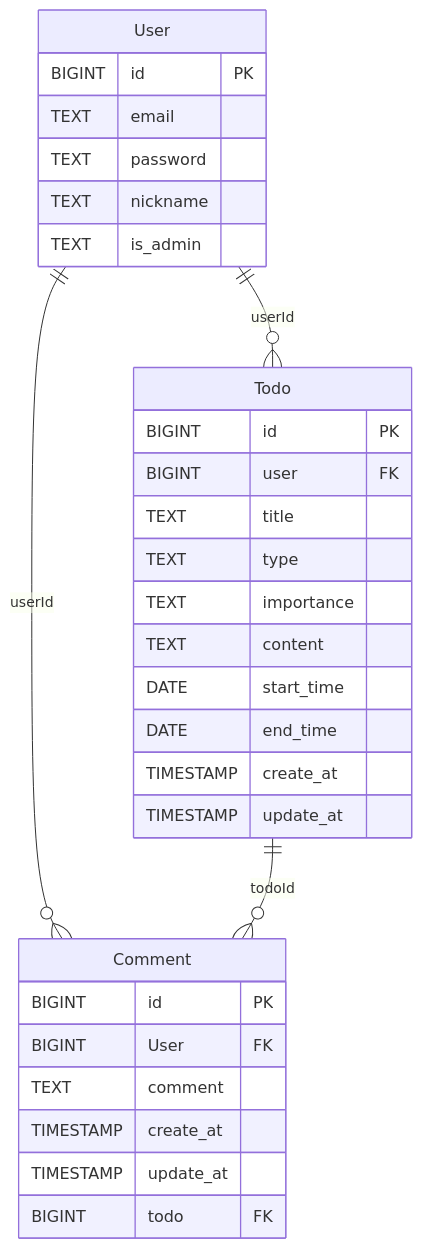
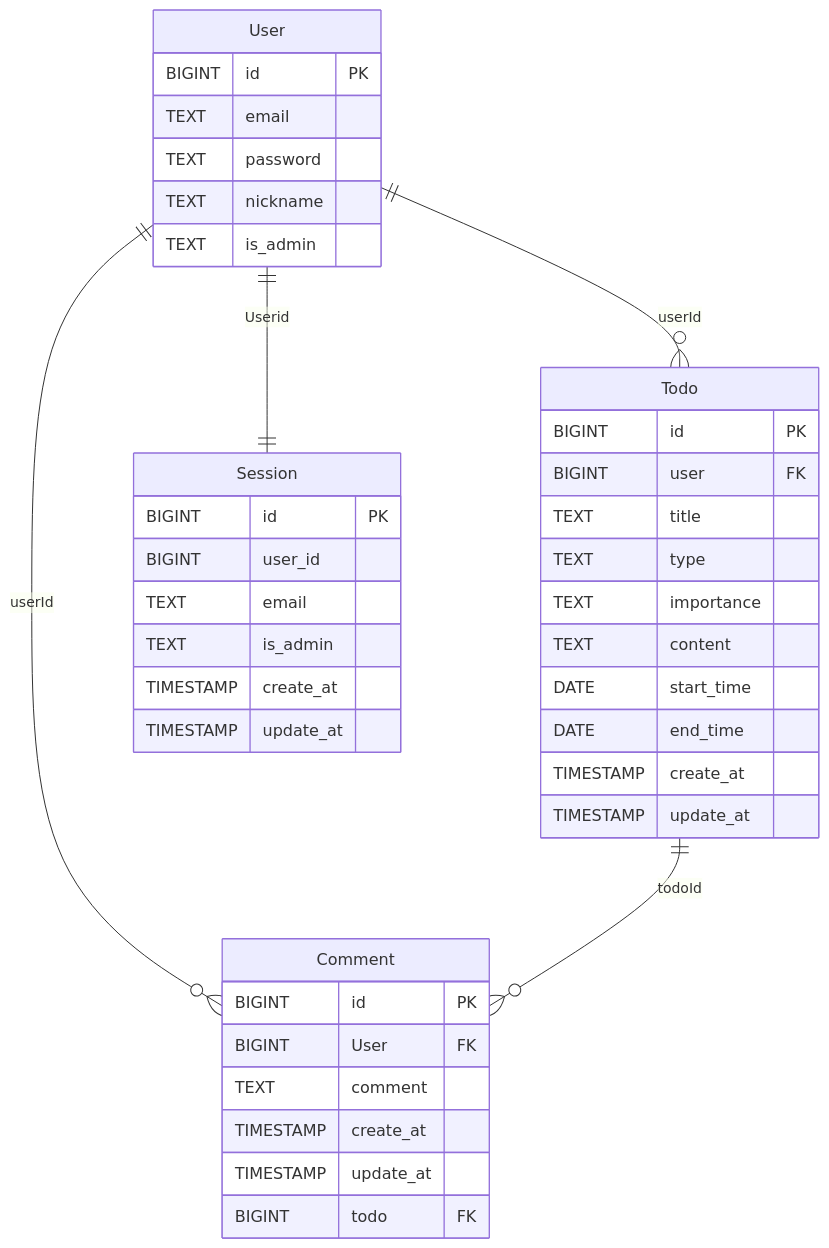
The first of 8 diagrams in README.md (Ppajingae/HW_todo), drawn with Mermaid before and after one commit. The commit also changed other lines of this file and 1 other file, not shown here.

````diff
--- a/README.md
+++ b/README.md
@@ -60,58 +57,68 @@
 ```mermaid
 erDiagram
 
 User ||--o{ Comment : userId
 Todo ||--o{ Comment : todoId
 User ||--o{ Todo : userId
+User ||--|| Session : Userid
 
 
 User{
     BIGINT id PK
 
     TEXT email
 
     TEXT password
 
     TEXT nickname
 
     TEXT is_admin
 
 }
 
 Comment{
     BIGINT id PK
 
     BIGINT User FK
 
     TEXT comment
 
     TIMESTAMP create_at
   
     TIMESTAMP update_at
 
     BIGINT todo FK
 }
 
 Todo{
     BIGINT id PK
 
     BIGINT user FK 
 
     TEXT title
 
     TEXT type
 
     TEXT importance
 
     TEXT content
 
     DATE start_time
 
     DATE end_time
 
     TIMESTAMP create_at
 
     TIMESTAMP update_at
 
 }
+
+Session{
+    BIGINT id PK
+    BIGINT user_id
+    TEXT email
+    TEXT is_admin
+    TIMESTAMP create_at
+    TIMESTAMP update_at
+}
 ```
````
